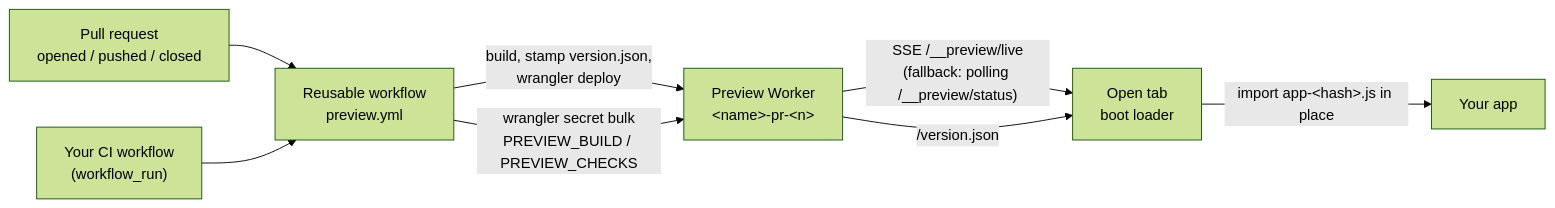
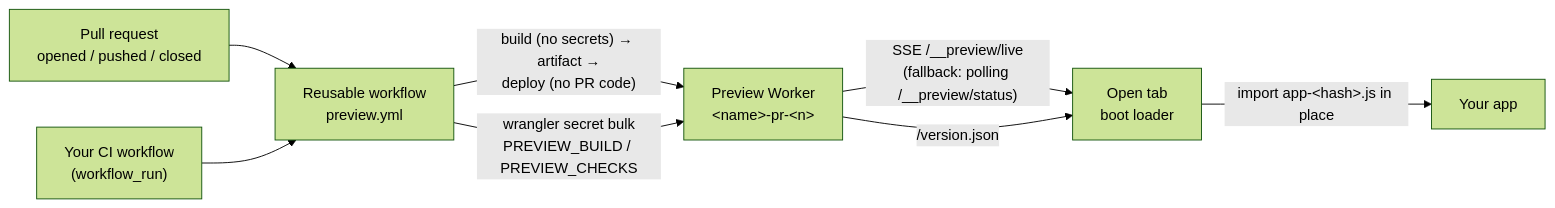
The first of 2 diagrams in docs/PREVIEWS.md (crvouga/mockingbird), drawn with Mermaid (forest theme) before and after one commit. The commit also changed other lines of this file and 4 other files, not shown here.

````diff
--- a/docs/PREVIEWS.md
+++ b/docs/PREVIEWS.md
@@ -23,10 +29,10 @@
 ```mermaid
 flowchart LR
   PR["Pull request<br/>opened / pushed / closed"] --> WF["Reusable workflow<br/>preview.yml"]
   CI["Your CI workflow<br/>(workflow_run)"] --> WF
-  WF -- "build, stamp version.json,<br/>wrangler deploy" --> W["Preview Worker<br/>&lt;name&gt;-pr-&lt;n&gt;"]
+  WF -- "build (no secrets) → artifact →<br/>deploy (no PR code)" --> W["Preview Worker<br/>&lt;name&gt;-pr-&lt;n&gt;"]
   WF -- "wrangler secret bulk<br/>PREVIEW_BUILD / PREVIEW_CHECKS" --> W
   W -- "SSE /__preview/live<br/>(fallback: polling /__preview/status)" --> Tab["Open tab<br/>boot loader"]
   W -- "/version.json" --> Tab
   Tab -- "import app-&lt;hash&gt;.js in place" --> App["Your app"]
 ```
````
